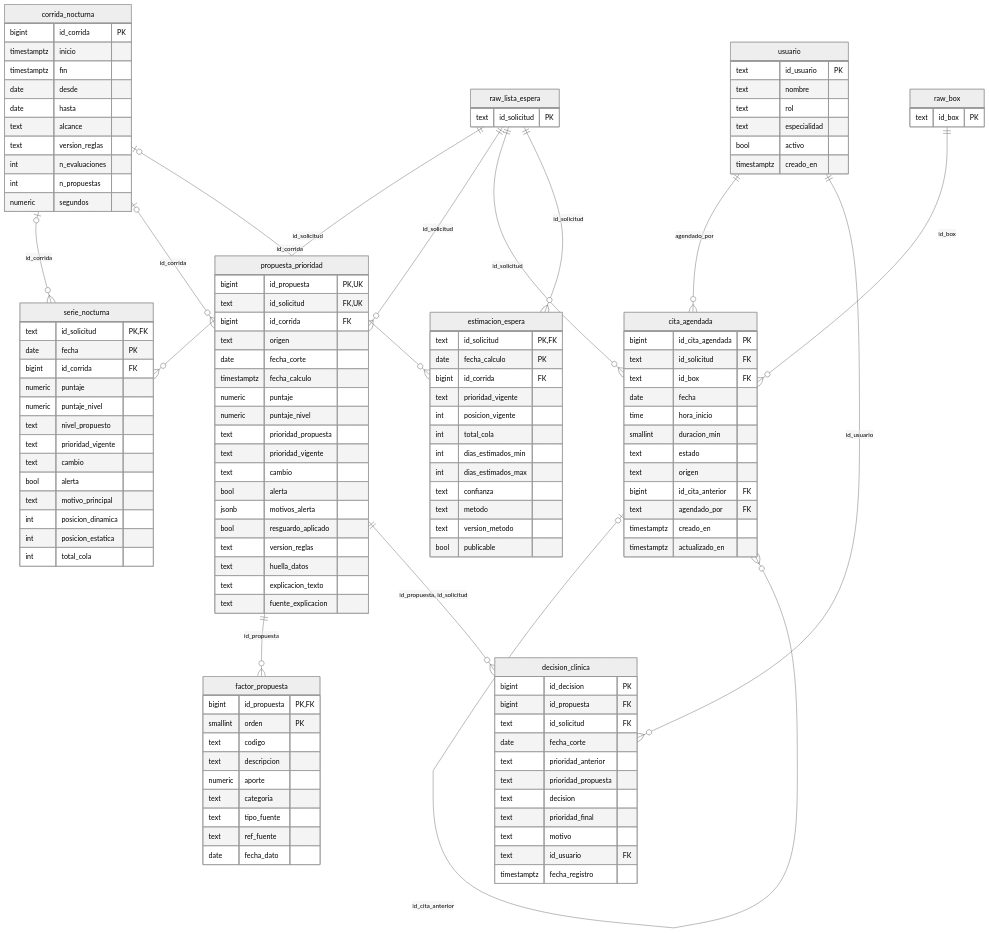
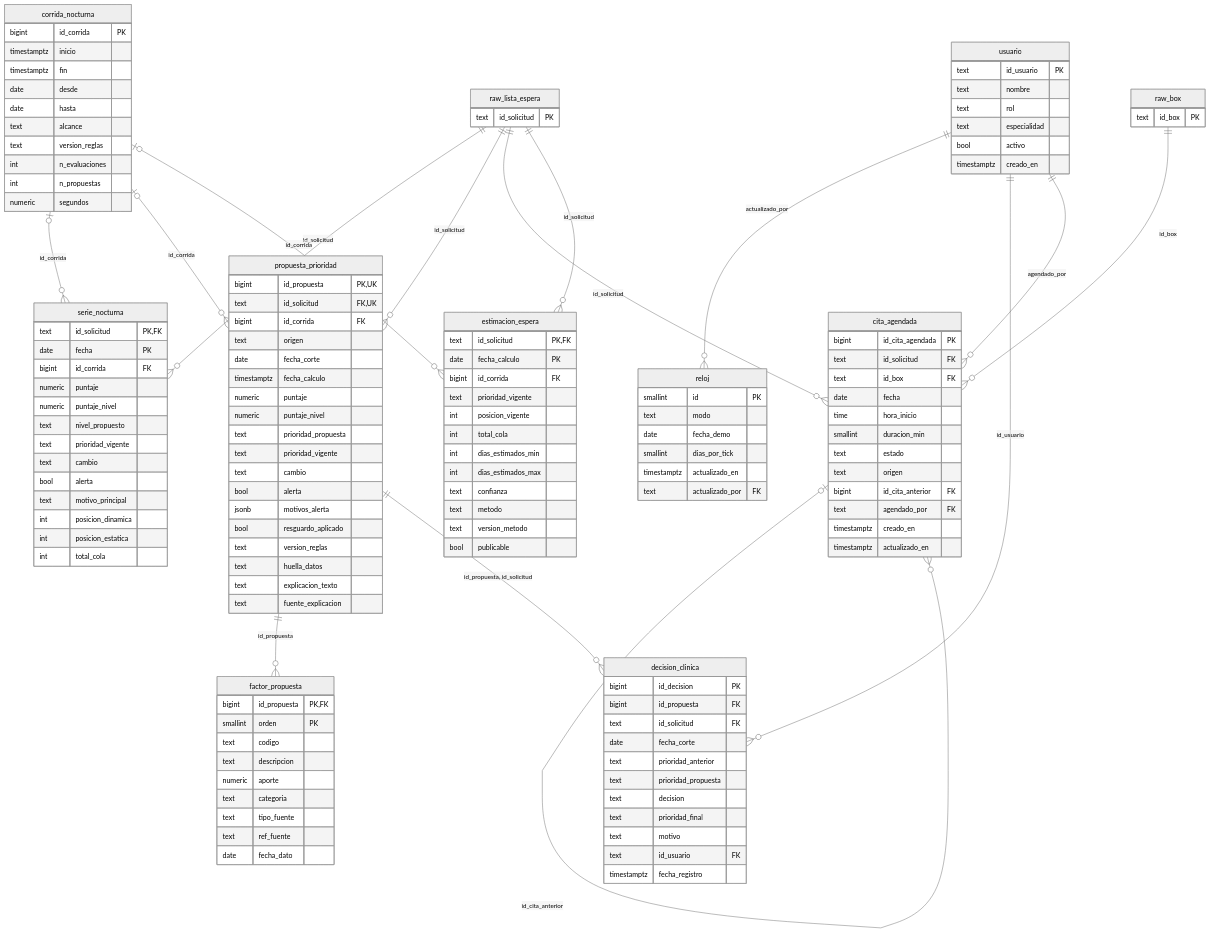
One commit to patricioespinozaa/AWS-G12 changed the third of 5 diagrams in docs/feature/F0002-modelo-datos-canales.md. Above: the diagram before and after it, drawn with Mermaid (neutral theme). The commit also changed other lines of this file and 19 other files, not shown here.

````diff
--- a/docs/feature/F0002-modelo-datos-canales.md
+++ b/docs/feature/F0002-modelo-datos-canales.md
@@ -315,7 +325,6 @@
 ```mermaid
 erDiagram
-    cita_agendada |o--o{ cita_agendada : "id_cita_anterior"
-    usuario ||--o{ cita_agendada : "agendado_por"
+    usuario ||--o{ reloj : "actualizado_por"
     raw_lista_espera ||--o{ serie_nocturna : "id_solicitud"
     corrida_nocturna |o--o{ serie_nocturna : "id_corrida"
     raw_lista_espera ||--o{ propuesta_prioridad : "id_solicitud"
@@ -325,6 +334,8 @@
     propuesta_prioridad ||--o{ decision_clinica : "id_propuesta, id_solicitud"
     raw_lista_espera ||--o{ cita_agendada : "id_solicitud"
     raw_box ||--o{ cita_agendada : "id_box"
+    cita_agendada |o--o{ cita_agendada : "id_cita_anterior"
+    usuario ||--o{ cita_agendada : "agendado_por"
     raw_lista_espera ||--o{ estimacion_espera : "id_solicitud"
     corrida_nocturna |o--o{ estimacion_espera : "id_corrida"
     usuario {
@@ -334,6 +345,14 @@
         text especialidad
         bool activo
         timestamptz creado_en
+    }
+    reloj {
+        smallint id PK
+        text modo
+        date fecha_demo
+        smallint dias_por_tick
+        timestamptz actualizado_en
+        text actualizado_por FK
     }
     corrida_nocturna {
         bigint id_corrida PK
````
